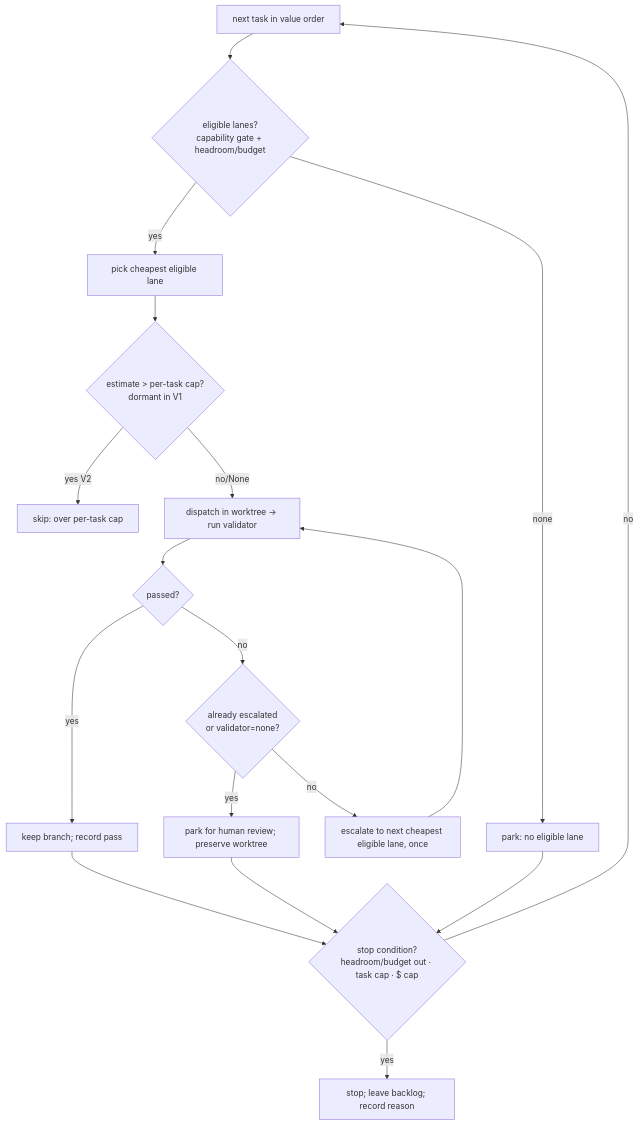
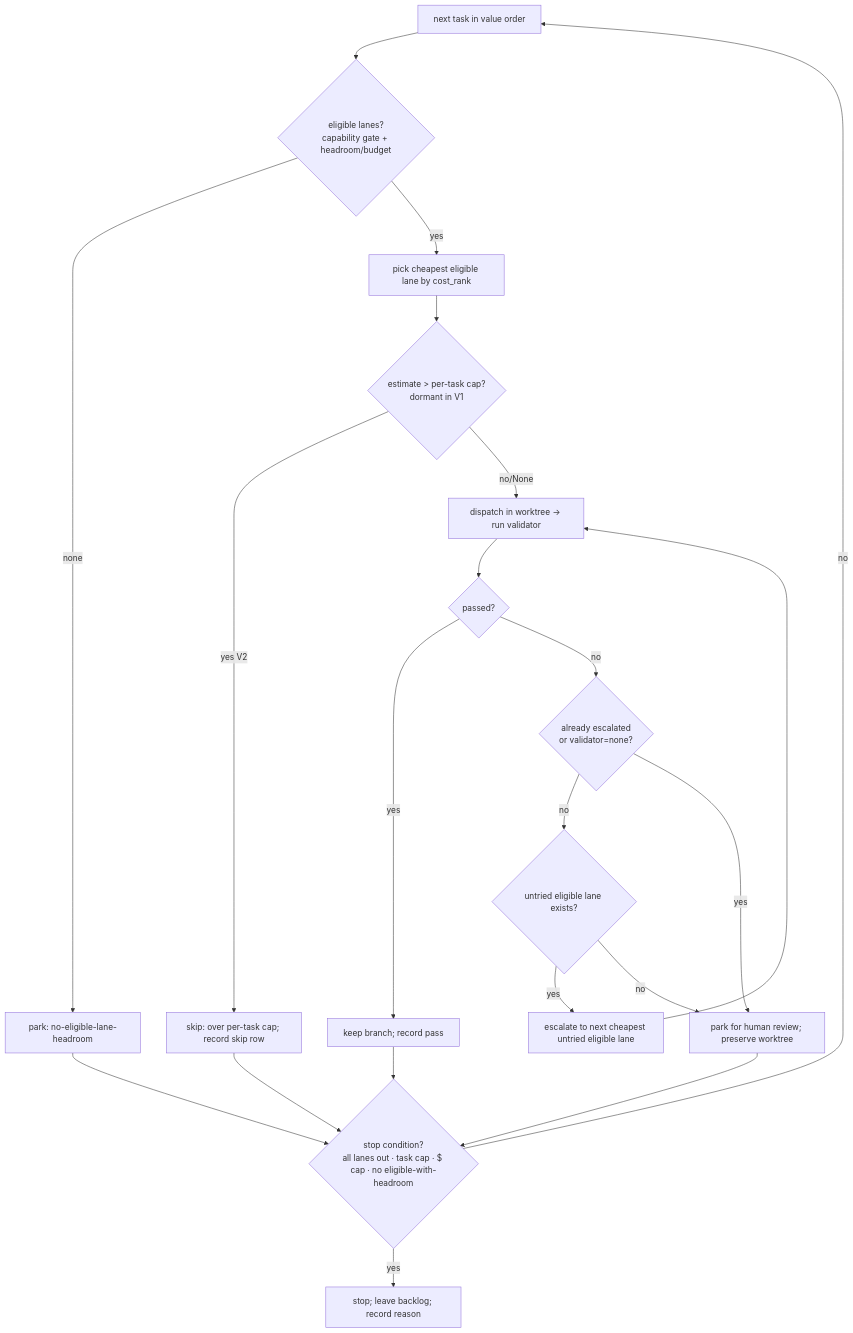
The third of 4 diagrams in docs/plans/2026-06-15-001-feat-nightsweeper-overnight-scheduler-plan.md (phdev/Nightsweeper), drawn with Mermaid before and after one commit. The commit also changed other lines of this file, not shown here.

````diff
--- a/docs/plans/2026-06-15-001-feat-nightsweeper-overnight-scheduler-plan.md
+++ b/docs/plans/2026-06-15-001-feat-nightsweeper-overnight-scheduler-plan.md
@@ -138,19 +142,22 @@
 ```mermaid
 flowchart TD
   A[next task in value order] --> B{eligible lanes?<br/>capability gate + headroom/budget}
-  B -- none --> P[park: no eligible lane]
-  B -- yes --> C[pick cheapest eligible lane]
+  B -- none --> P[park: no-eligible-lane-headroom]
+  B -- yes --> C[pick cheapest eligible lane by cost_rank]
   C --> D{estimate > per-task cap?<br/>dormant in V1}
-  D -- yes V2 --> P2[skip: over per-task cap]
+  D -- yes V2 --> P2[skip: over per-task cap; record skip row]
   D -- no/None --> E[dispatch in worktree → run validator]
   E --> F{passed?}
   F -- yes --> G[keep branch; record pass]
   F -- no --> H{already escalated<br/>or validator=none?}
-  H -- no --> I[escalate to next cheapest eligible lane, once] --> E
+  H -- no --> H2{untried eligible lane exists?}
+  H2 -- yes --> I[escalate to next cheapest untried eligible lane] --> E
+  H2 -- no --> J
   H -- yes --> J[park for human review; preserve worktree]
-  G --> K{stop condition?<br/>headroom/budget out · task cap · $ cap}
+  G --> K{stop condition?<br/>all lanes out · task cap · $ cap · no eligible-with-headroom}
   J --> K
   P --> K
+  P2 --> K
   K -- yes --> Z[stop; leave backlog; record reason]
   K -- no --> A
 ```
````
